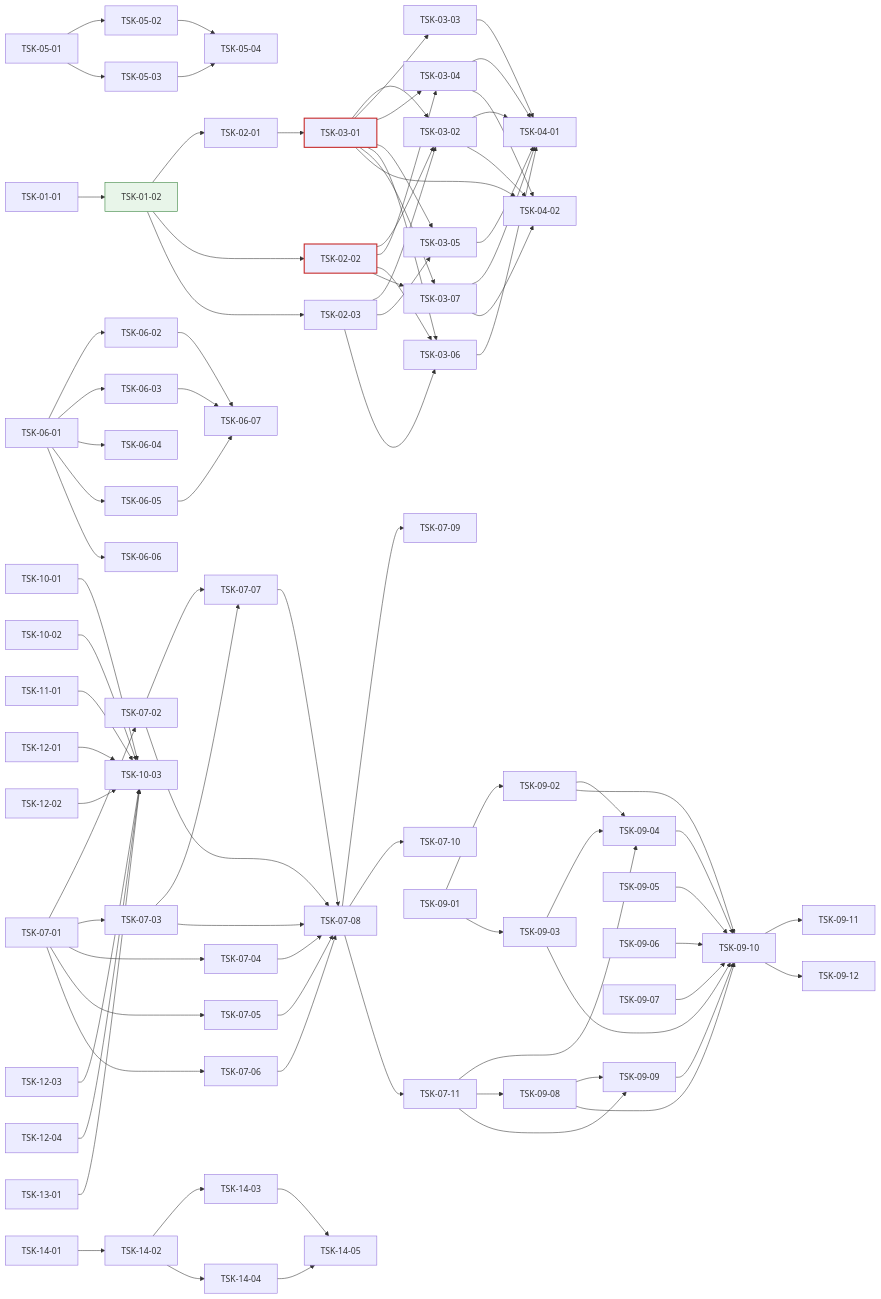
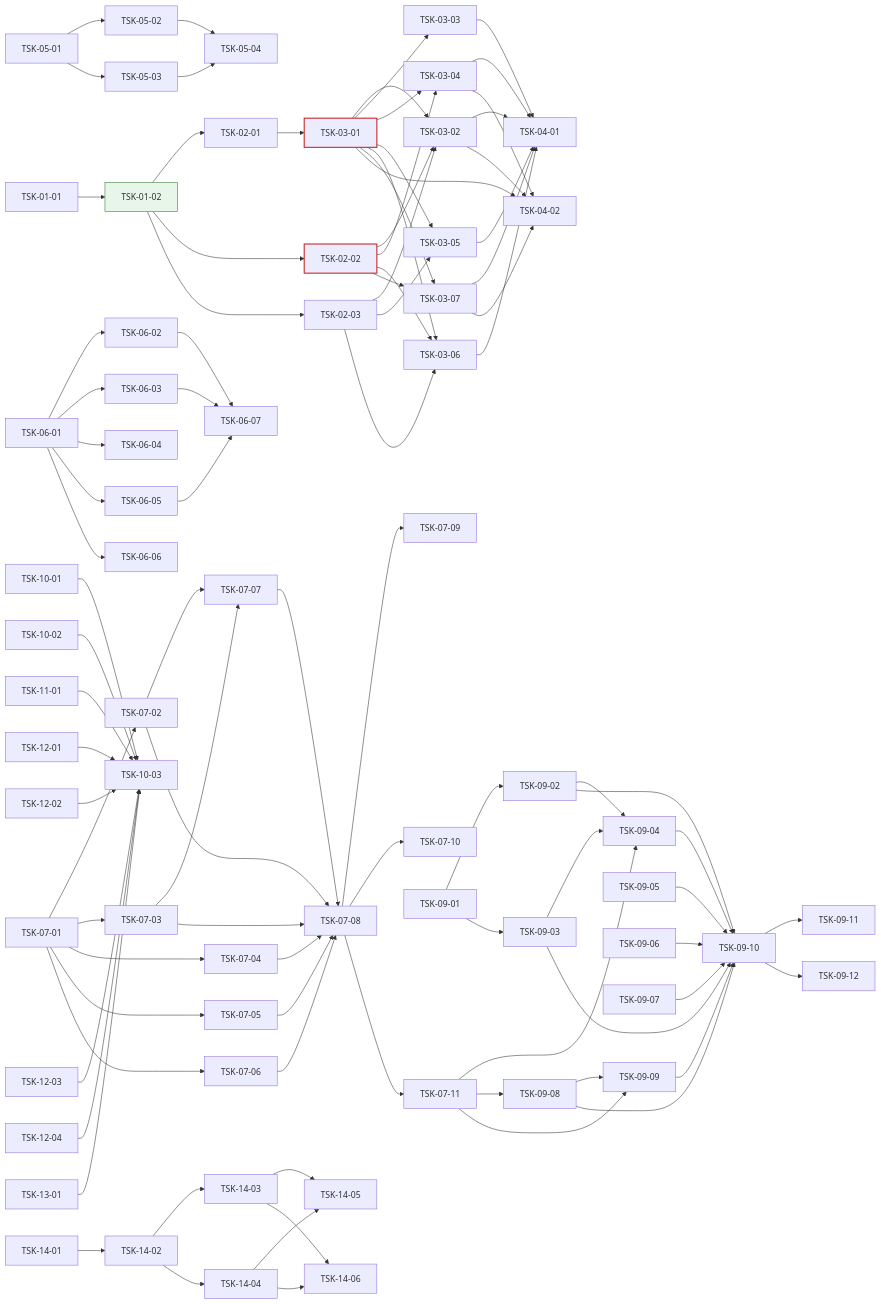
One commit to jongik-sv/oranda changed the diagram in docs/oranda1/wbs.md. Above: the diagram before and after it, drawn with Mermaid. The commit also changed other lines of this file and 6 other files, not shown here.

```diff
--- a/docs/oranda1/wbs.md
+++ b/docs/oranda1/wbs.md
@@ -1055,6 +1067,8 @@
   TSK-14-02 --> TSK-14-04
   TSK-14-03 --> TSK-14-05
   TSK-14-04 --> TSK-14-05
+  TSK-14-03 --> TSK-14-06
+  TSK-14-04 --> TSK-14-06
   style TSK-01-02 fill:#e8f5e9,stroke:#2e7d32
   style TSK-03-01 stroke:#c62828,stroke-width:2px
   style TSK-02-02 stroke:#c62828,stroke-width:2px
```
